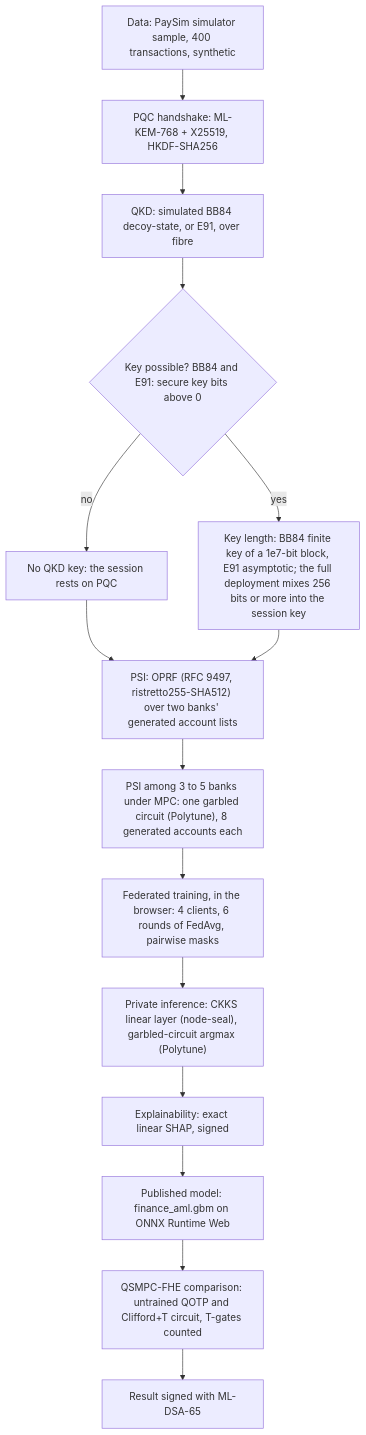
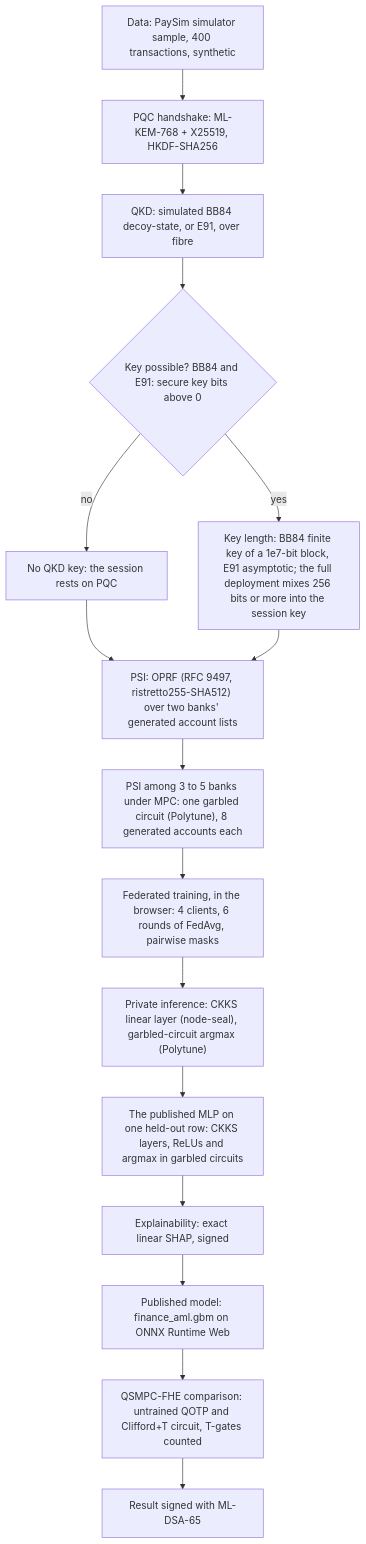
Before and after one commit to Quantum-Daemons/QSMPC-QKD-QHE-AI-Hybrid: the third of 11 diagrams in README.md, drawn with Mermaid. The commit also changed other lines of this file and 48 other files, not shown here.

First line of the commit message:
One published finance MLP on 111 per-account and per-transaction features, under CKKS and garbled circuits on the page

````diff
--- a/README.md
+++ b/README.md
@@ -111,31 +111,33 @@
 ```mermaid
 flowchart TB
   D["Data: PaySim simulator sample, 400 transactions, synthetic"]
   H["PQC handshake: ML-KEM-768 + X25519, HKDF-SHA256"]
   K["QKD: simulated BB84 decoy-state, or E91, over fibre"]
   Q{"Key possible? BB84 and E91: secure key bits above 0"}
   N["No QKD key: the session rests on PQC"]
   L["Key length: BB84 finite key of a 1e7-bit block, E91 asymptotic; the full deployment mixes 256 bits or more into the session key"]
   P["PSI: OPRF (RFC 9497, ristretto255-SHA512) over two banks' generated account lists"]
   MP["PSI among 3 to 5 banks under MPC: one garbled circuit (Polytune), 8 generated accounts each"]
   FL["Federated training, in the browser: 4 clients, 6 rounds of FedAvg, pairwise masks"]
   I["Private inference: CKKS linear layer (node-seal), garbled-circuit argmax (Polytune)"]
+  MM["The published MLP on one held-out row: CKKS layers, ReLUs and argmax in garbled circuits"]
   X["Explainability: exact linear SHAP, signed"]
   M["Published model: finance_aml.gbm on ONNX Runtime Web"]
   C["QSMPC-FHE comparison: untrained QOTP and Clifford+T circuit, T-gates counted"]
   S["Result signed with ML-DSA-65"]
   D --> H
   H --> K
   K --> Q
   Q -->|no| N
   Q -->|yes| L
   N --> P
   L --> P
   P --> MP
   MP --> FL
   FL --> I
-  I --> X
+  I --> MM
+  MM --> X
   X --> M
   M --> C
   C --> S
 ```
````
